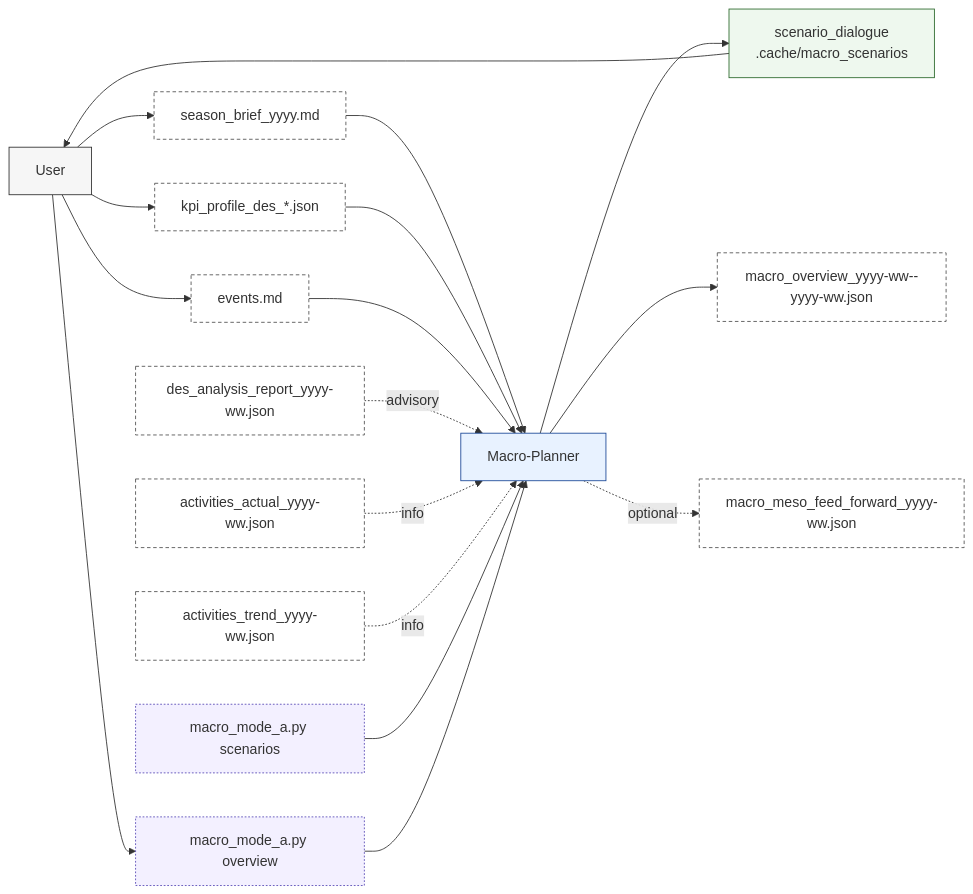
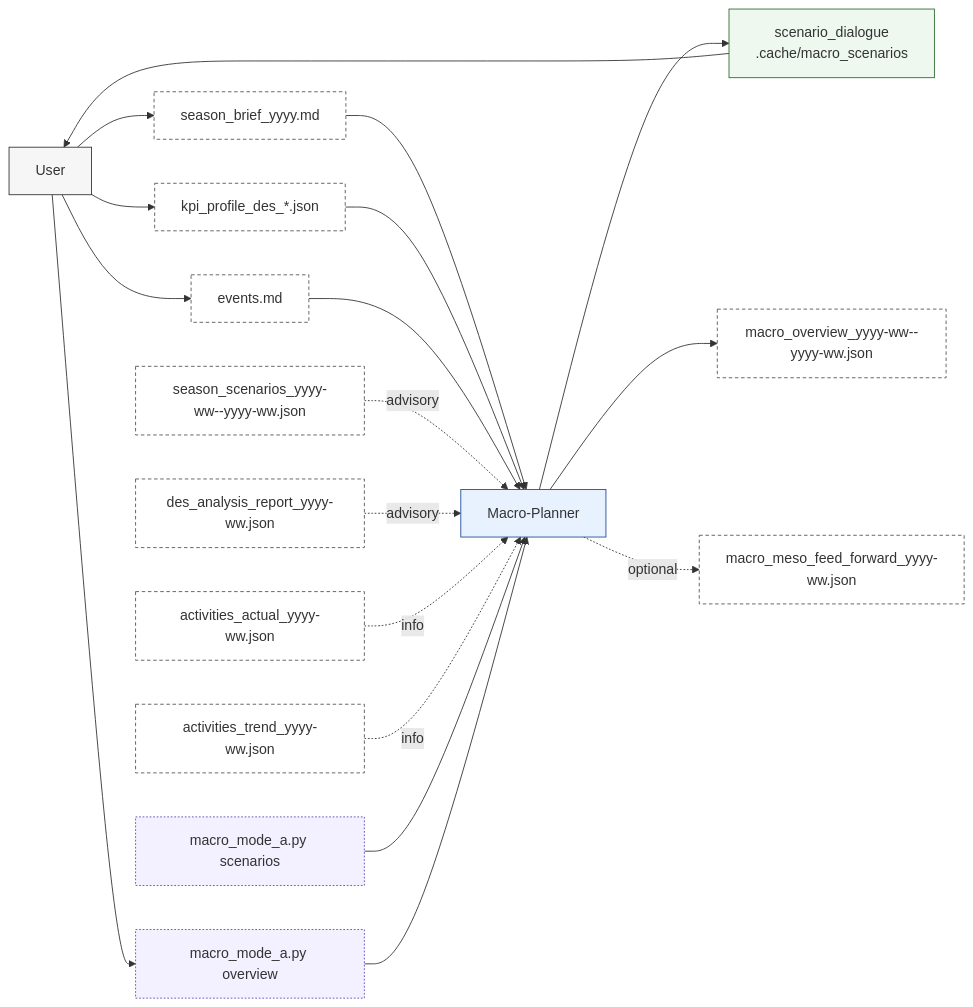
The third of 8 diagrams in doc/artefact_flow_overview_and_detail.md (albauer-priv/RPS), drawn with Mermaid before and after one commit. The commit also changed other lines of this file and 24 other files, not shown here.

Commit message:
Add season scenario agent and selection flow

````diff
--- a/doc/artefact_flow_overview_and_detail.md
+++ b/doc/artefact_flow_overview_and_detail.md
@@ -118,22 +150,23 @@
 ```mermaid
 flowchart LR
   U[User]:::actor --> SB[season_brief_yyyy.md]:::artefact --> MA[Macro-Planner]:::agent
   U --> KP[kpi_profile_des_*.json]:::artefact --> MA
   U --> EV[events.md]:::artefact --> MA
+  SC[season_scenarios_yyyy-ww--yyyy-ww.json]:::artefact -. advisory .-> MA
   DR[des_analysis_report_yyyy-ww.json]:::artefact -. advisory .-> MA
   AA[activities_actual_yyyy-ww.json]:::artefact -. info .-> MA
   AT[activities_trend_yyyy-ww.json]:::artefact -. info .-> MA
 
   S1[macro_mode_a.py scenarios]:::script --> MA
   MA --> SCN[scenario_dialogue<br/>.cache/macro_scenarios]:::component --> U
   U --> S2[macro_mode_a.py overview]:::script --> MA
 
   MA --> MO[macro_overview_yyyy-ww--yyyy-ww.json]:::artefact
   MA -. optional .-> MMFF[macro_meso_feed_forward_yyyy-ww.json]:::artefact
 
   classDef actor fill:#f6f6f6,stroke:#333,stroke-width:1px;
   classDef agent fill:#e8f2ff,stroke:#1f4b99,stroke-width:1px;
   classDef artefact fill:#ffffff,stroke:#555,stroke-dasharray: 4 3,stroke-width:1px;
   classDef script fill:#f3f0ff,stroke:#5b4db8,stroke-width:1px,stroke-dasharray: 2 2;
   classDef component fill:#eef8ee,stroke:#2f6b2f,stroke-width:1px;
 ```
````
